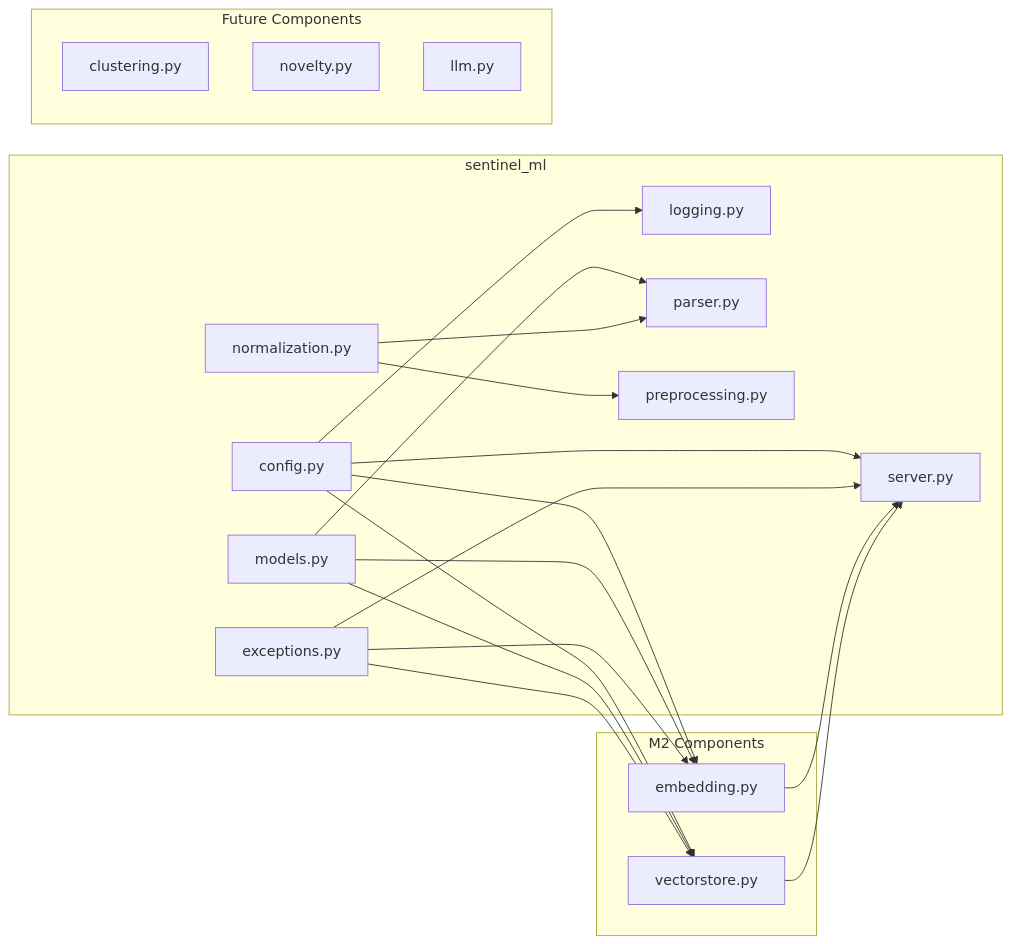
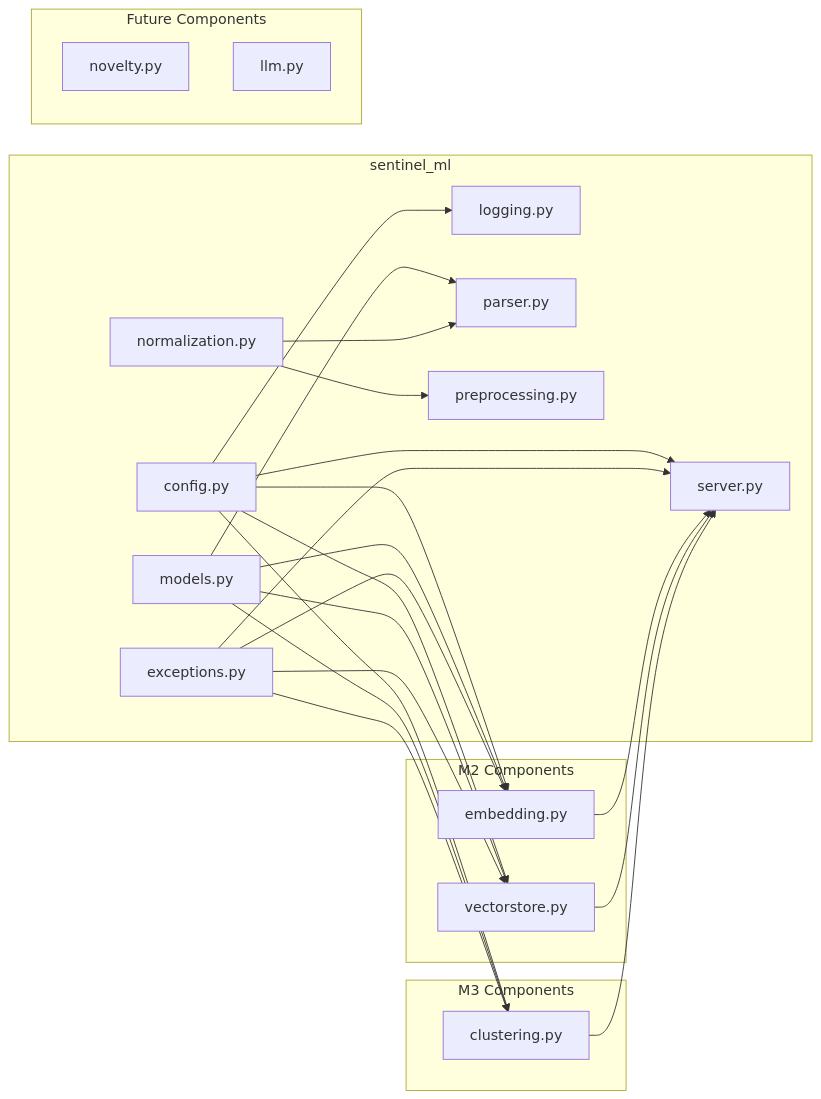
Before and after one commit to varadharajaan/sentinel-log-ai: the third of 13 diagrams in docs/architecture.md, drawn with Mermaid. The commit also changed other lines of this file and 1 other file, not shown here.

Commit message:
feat: update architecture and data flow documentation for M3 clustering patterns

````diff
--- a/docs/architecture.md
+++ b/docs/architecture.md
@@ -125,39 +125,46 @@
 ```mermaid
 graph LR
     subgraph "sentinel_ml"
         MODELS[models.py]
         CONFIG[config.py]
         LOG[logging.py]
         NORM[normalization.py]
         PARSER[parser.py]
         SERVER[server.py]
         EXC[exceptions.py]
         PRE[preprocessing.py]
     end
 
     subgraph "M2 Components"
         EMB[embedding.py]
         VS[vectorstore.py]
     end
 
+    subgraph "M3 Components"
+        CLUSTER[clustering.py]
+    end
+
     subgraph "Future Components"
-        CLUSTER[clustering.py]
         NOVELTY[novelty.py]
         LLM[llm.py]
     end
 
     CONFIG --> LOG
     CONFIG --> SERVER
     CONFIG --> EMB
     CONFIG --> VS
+    CONFIG --> CLUSTER
     MODELS --> PARSER
     MODELS --> EMB
     MODELS --> VS
+    MODELS --> CLUSTER
     NORM --> PARSER
     NORM --> PRE
     EXC --> SERVER
     EXC --> EMB
     EXC --> VS
+    EXC --> CLUSTER
     EMB --> SERVER
     VS --> SERVER
+    CLUSTER --> SERVER
 ```
````
